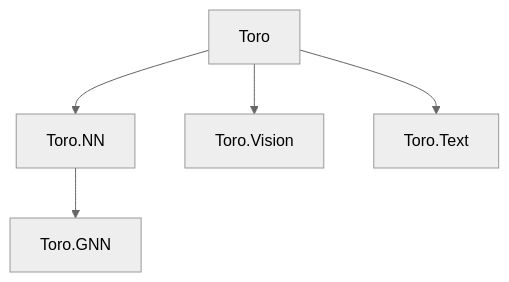
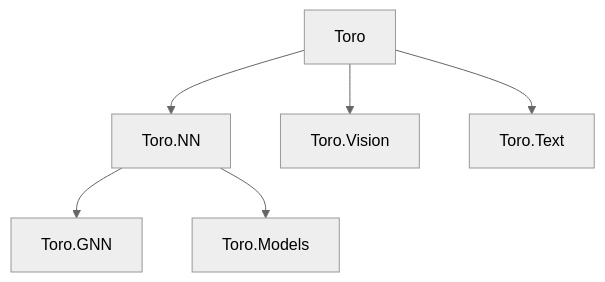
One commit to toro-ml/toro changed the diagram in CODEMAP.md. Above: the diagram before and after it, drawn with Mermaid (neutral theme). The commit also changed other lines of this file and 12 other files, not shown here.

````diff
--- a/CODEMAP.md
+++ b/CODEMAP.md
@@ -9,7 +9,8 @@
 ```mermaid
 flowchart TD
     Toro --> Toro.NN
     Toro --> Toro.Vision
     Toro --> Toro.Text
     Toro.NN --> Toro.GNN
+    Toro.NN --> Toro.Models
 ```
````
